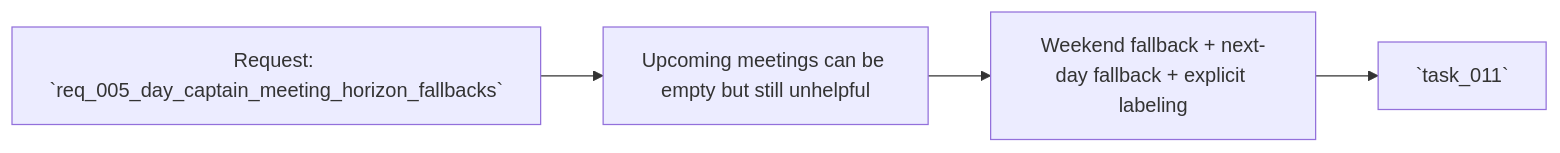
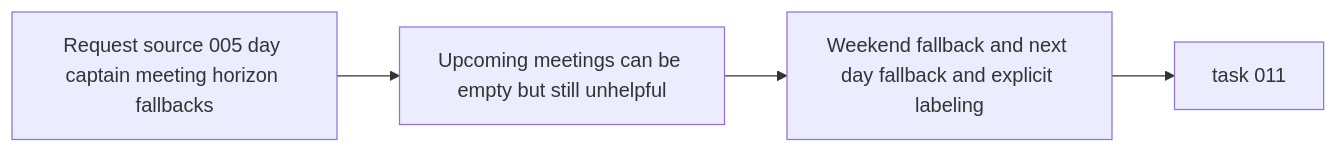
Before and after one commit to AlexAgo83/day-captain: the diagram in logics/backlog/item_005_day_captain_meeting_horizon_fallbacks.md, drawn with Mermaid. The commit also changed 40 other files, not shown here.

Commit message:
Normalize Logics Mermaid diagrams

````diff
--- a/logics/backlog/item_005_day_captain_meeting_horizon_fallbacks.md
+++ b/logics/backlog/item_005_day_captain_meeting_horizon_fallbacks.md
@@ -30,6 +30,6 @@
 ```mermaid
 flowchart LR
-    Req[Request: `req_005_day_captain_meeting_horizon_fallbacks`] --> Problem[Upcoming meetings can be empty but still unhelpful]
-    Problem --> Scope[Weekend fallback + next-day fallback + explicit labeling]
-    Scope --> Tasks[`task_011`]
+    Req[Request source 005 day captain meeting horizon fallbacks] --> Problem[Upcoming meetings can be empty but still unhelpful]
+    Problem --> Scope[Weekend fallback and next day fallback and explicit labeling]
+    Scope --> Tasks[task 011]
 ```
````
